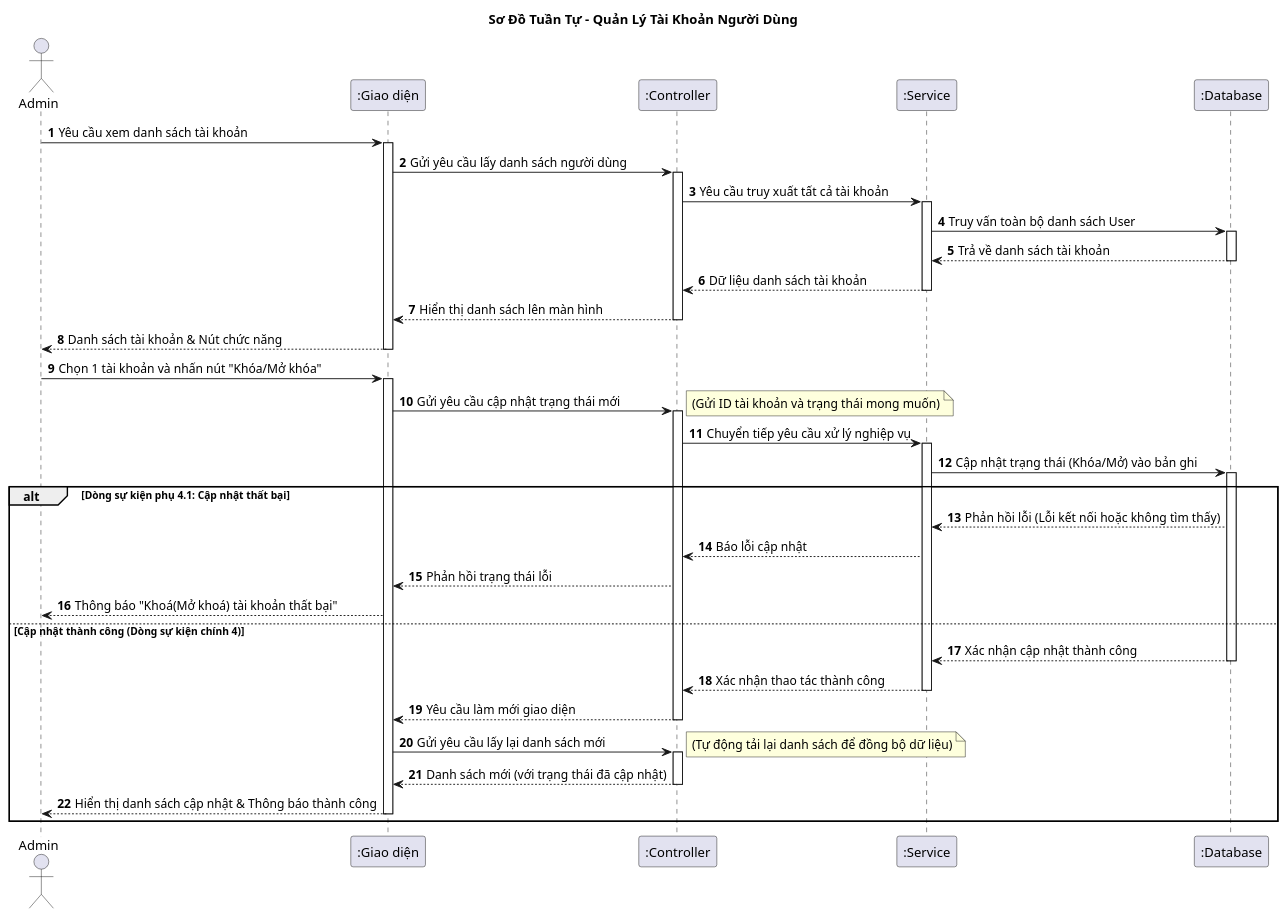
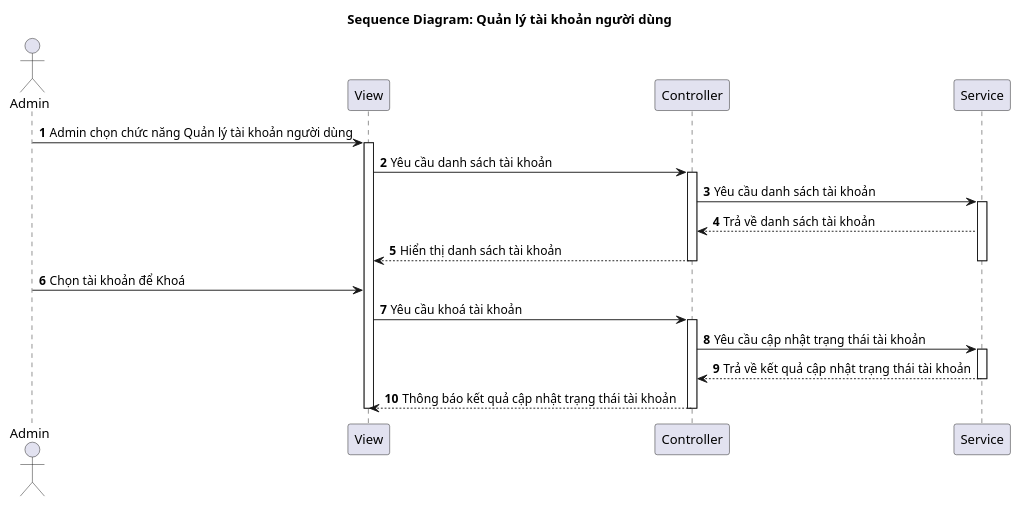
One commit to vinh047/soundwave changed the diagram in Diagrams/SequenceDiagram/ManageAccountSD.plantuml. Above: the diagram before and after it, drawn with PlantUML. The commit also changed 27 other files, not shown here.

Commit message:
Sửa đặc tả UC (Chia sẻ lên platform thôi,...), đơn giản hoá Sequence, sửa CD và thêm mô tả CD

```diff
--- a/Diagrams/SequenceDiagram/ManageAccountSD.plantuml
+++ b/Diagrams/SequenceDiagram/ManageAccountSD.plantuml
@@ -1,74 +1,34 @@
-@startuml Sequence Diagram - Quản Lý Tài Khoản (Thông điệp)
-
-title Sơ Đồ Tuần Tự - Quản Lý Tài Khoản Người Dùng
+@startuml SD
 
 actor "Admin" as Admin
-participant ":Giao diện" as UI
-participant ":Controller" as Controller
-participant ":Service" as Service
-participant ":Database" as DB
+participant "View" as View
+participant "Controller" as Controller
+participant "Service" as Service
+
+title Sequence Diagram: Quản lý tài khoản người dùng
 
 autonumber
 
-' === BƯỚC 1 & 2: TẢI DANH SÁCH ===
-Admin -> UI: Yêu cầu xem danh sách tài khoản
-activate UI
-UI -> Controller: Gửi yêu cầu lấy danh sách người dùng
+Admin -> View: Admin chọn chức năng Quản lý tài khoản người dùng
+activate View
+View -> Controller: Yêu cầu danh sách tài khoản
 activate Controller
-Controller -> Service: Yêu cầu truy xuất tất cả tài khoản
+Controller -> Service: Yêu cầu danh sách tài khoản
 activate Service
+Service --> Controller: Trả về danh sách tài khoản
+Controller --> View: Hiển thị danh sách tài khoản
+deactivate Controller
+deactivate Service
 
-Service -> DB: Truy vấn toàn bộ danh sách User
-activate DB
-DB --> Service: Trả về danh sách tài khoản
-deactivate DB
+Admin -> View: Chọn tài khoản để Khoá
+View -> Controller: Yêu cầu khoá tài khoản
+activate Controller
+Controller -> Service: Yêu cầu cập nhật trạng thái tài khoản
+activate Service
+Service --> Controller: Trả về kết quả cập nhật trạng thái tài khoản
+deactivate Service
+Controller --> View: Thông báo kết quả cập nhật trạng thái tài khoản
+deactivate Controller
 
-Service --> Controller: Dữ liệu danh sách tài khoản
-deactivate Service
-Controller --> UI: Hiển thị danh sách lên màn hình
-deactivate Controller
-UI --> Admin: Danh sách tài khoản & Nút chức năng
-deactivate UI
-
-' === BƯỚC 3: ADMIN THỰC HIỆN KHÓA/MỞ KHÓA ===
-Admin -> UI: Chọn 1 tài khoản và nhấn nút "Khóa/Mở khóa"
-activate UI
-
-UI -> Controller: Gửi yêu cầu cập nhật trạng thái mới
-activate Controller
-note right: (Gửi ID tài khoản và trạng thái mong muốn)
-
-Controller -> Service: Chuyển tiếp yêu cầu xử lý nghiệp vụ
-activate Service
-
-' === BƯỚC 4: GHI NHẬN VÀO CSDL ===
-Service -> DB: Cập nhật trạng thái (Khóa/Mở) vào bản ghi
-activate DB
-
-alt Dòng sự kiện phụ 4.1: Cập nhật thất bại
-    DB --> Service: Phản hồi lỗi (Lỗi kết nối hoặc không tìm thấy)
-    Service --> Controller: Báo lỗi cập nhật
-    Controller --> UI: Phản hồi trạng thái lỗi
-    UI --> Admin: Thông báo "Khoá(Mở khoá) tài khoản thất bại"
-
-else Cập nhật thành công (Dòng sự kiện chính 4)
-    DB --> Service: Xác nhận cập nhật thành công
-    deactivate DB
-    
-    Service --> Controller: Xác nhận thao tác thành công
-    deactivate Service
-    
-    ' === BƯỚC 5: CẬP NHẬT DANH SÁCH ===
-    Controller --> UI: Yêu cầu làm mới giao diện
-    deactivate Controller
-    
-    UI -> Controller: Gửi yêu cầu lấy lại danh sách mới
-    activate Controller
-    note right: (Tự động tải lại danh sách để đồng bộ dữ liệu)
-    Controller --> UI: Danh sách mới (với trạng thái đã cập nhật)
-    deactivate Controller
-    
-    UI --> Admin: Hiển thị danh sách cập nhật & Thông báo thành công
-    deactivate UI
-end
+deactivate View
 @enduml
```
